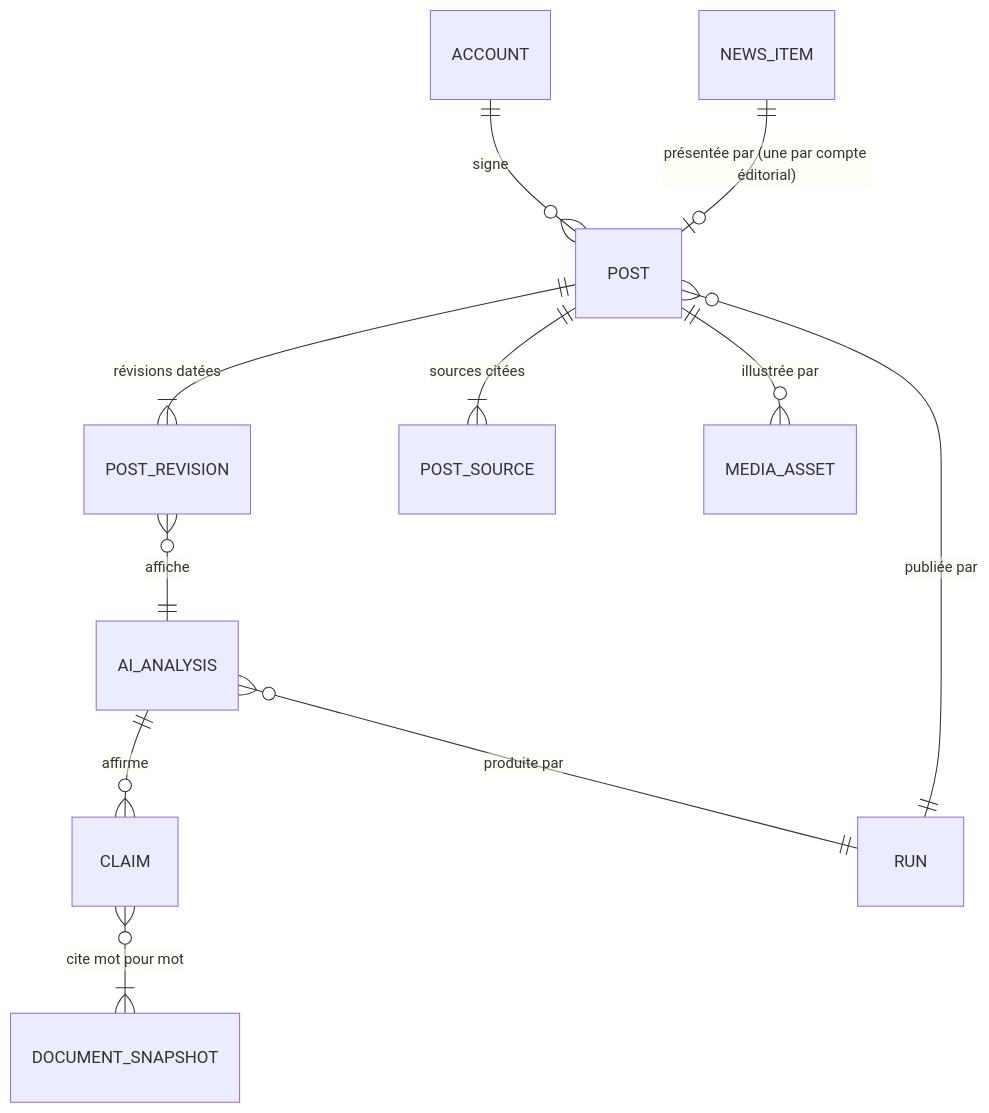
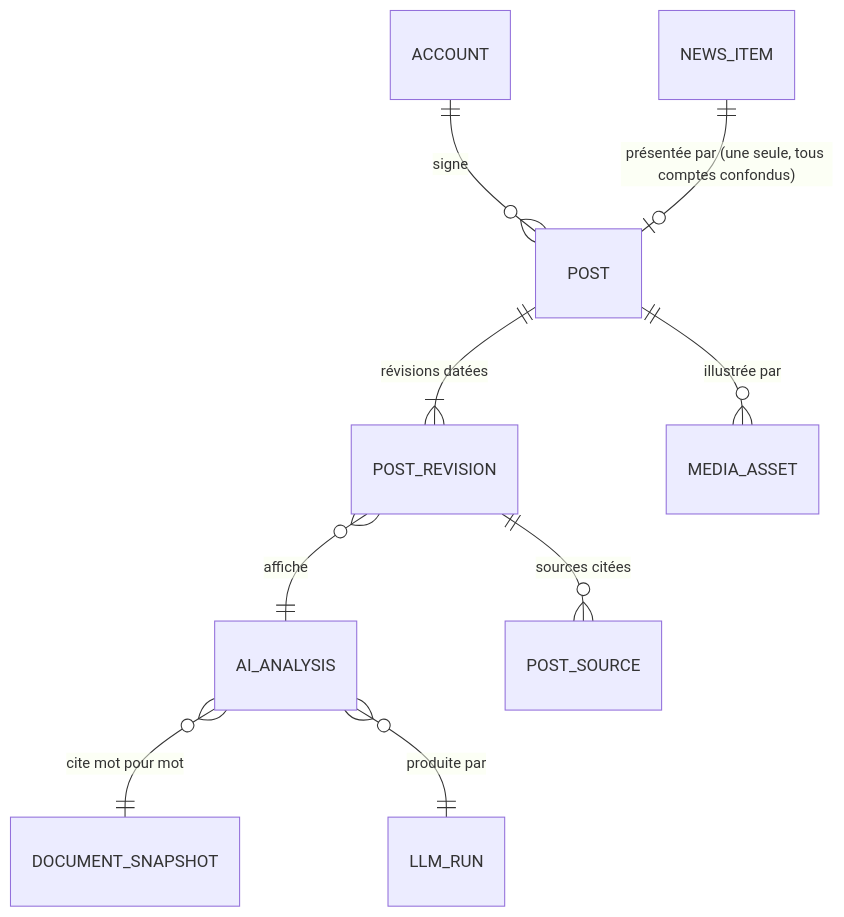
Before and after one commit to Aloncoh/curation-ia: the fourth of 4 diagrams in docs/architecture.md, drawn with Mermaid. The commit also changed other lines of this file and 28 other files, not shown here.

````diff
--- a/docs/architecture.md
+++ b/docs/architecture.md
@@ -114,13 +114,11 @@
 ```mermaid
 erDiagram
   ACCOUNT ||--o{ POST : signe
-  NEWS_ITEM ||--o| POST : "présentée par (une par compte éditorial)"
+  NEWS_ITEM ||--o| POST : "présentée par (une seule, tous comptes confondus)"
   POST ||--|{ POST_REVISION : "révisions datées"
   POST_REVISION }o--|| AI_ANALYSIS : affiche
-  AI_ANALYSIS ||--o{ CLAIM : affirme
-  CLAIM }o--|{ DOCUMENT_SNAPSHOT : "cite mot pour mot"
-  POST ||--|{ POST_SOURCE : "sources citées"
+  AI_ANALYSIS }o--|| DOCUMENT_SNAPSHOT : "cite mot pour mot"
+  POST_REVISION ||--o{ POST_SOURCE : "sources citées"
   POST ||--o{ MEDIA_ASSET : "illustrée par"
-  AI_ANALYSIS }o--|| RUN : "produite par"
-  POST }o--|| RUN : "publiée par"
+  AI_ANALYSIS }o--|| LLM_RUN : "produite par"
 ```
````
